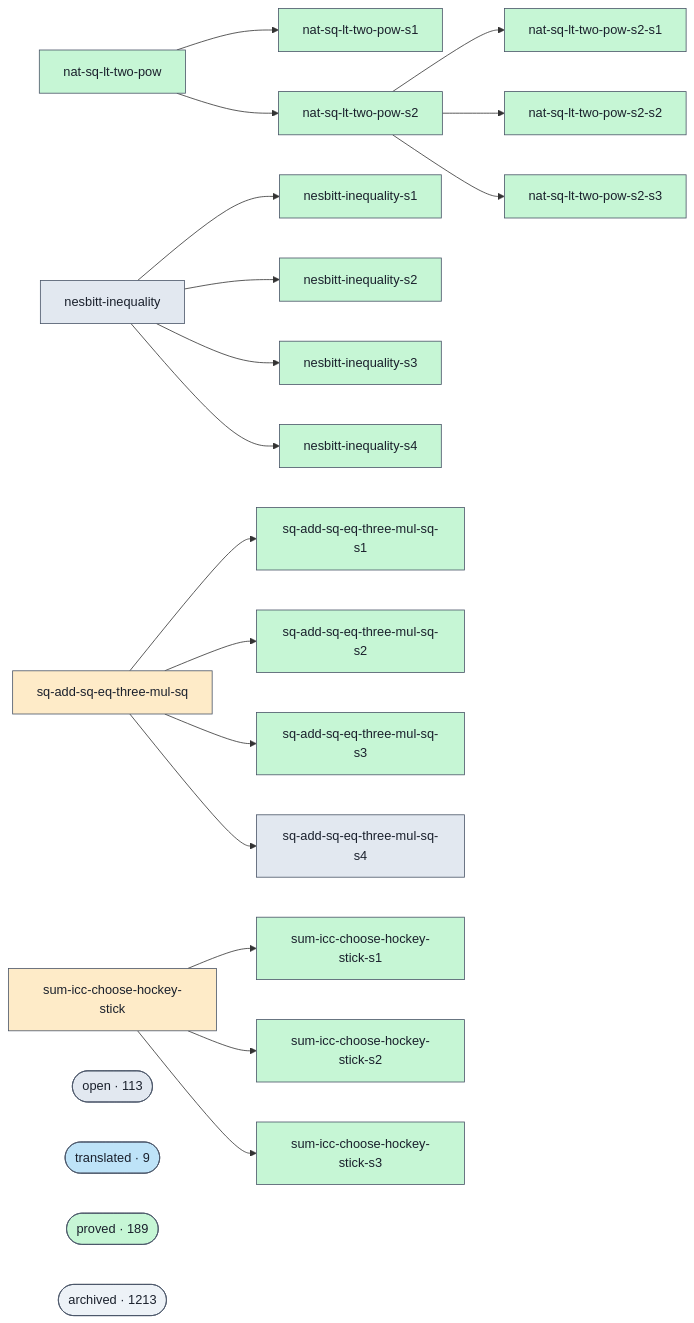
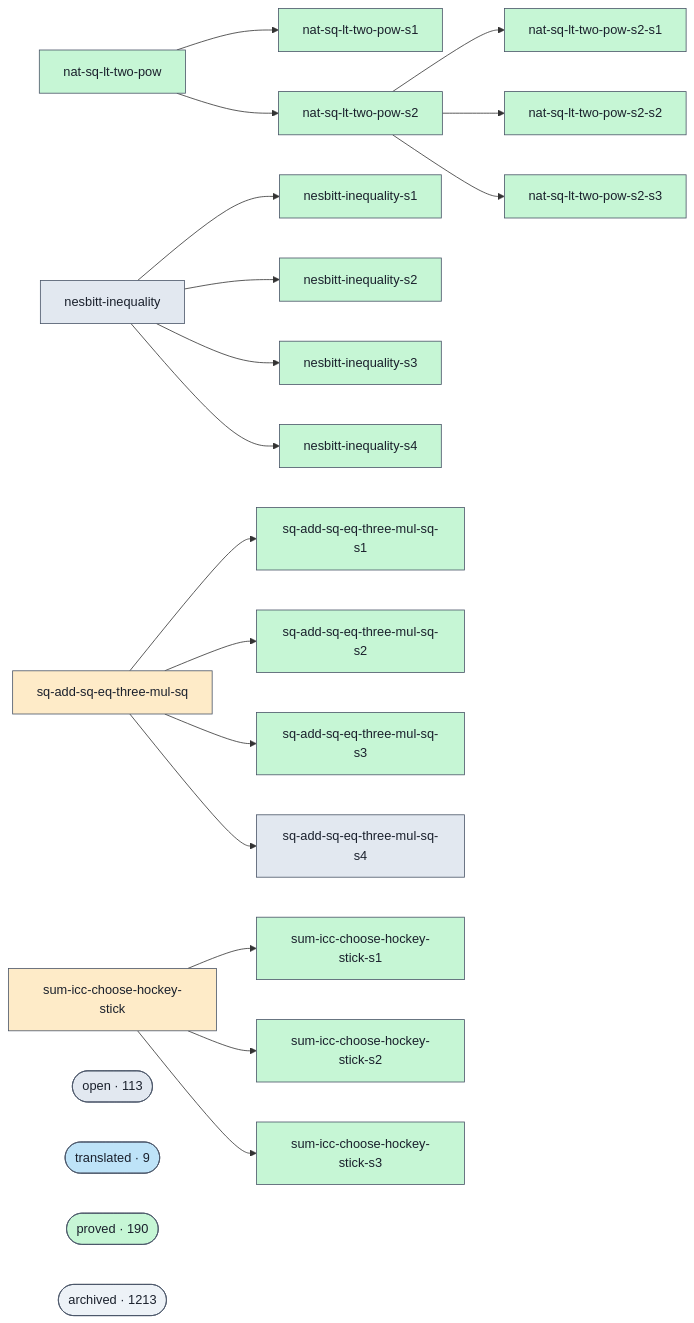
Before and after one commit to ohdearquant/unsorry: the diagram in docs/proofs-contributors-visualisation.md, drawn with Mermaid. The commit also changed other lines of this file and 2 other files, not shown here.

```diff
--- a/docs/proofs-contributors-visualisation.md
+++ b/docs/proofs-contributors-visualisation.md
@@ -102,7 +102,7 @@
   class cluster_open open;
   cluster_translated(["translated · 9"])
   class cluster_translated translated;
-  cluster_proved(["proved · 189"])
+  cluster_proved(["proved · 190"])
   class cluster_proved proved;
   cluster_archived(["archived · 1213"])
   class cluster_archived unknown;
```
